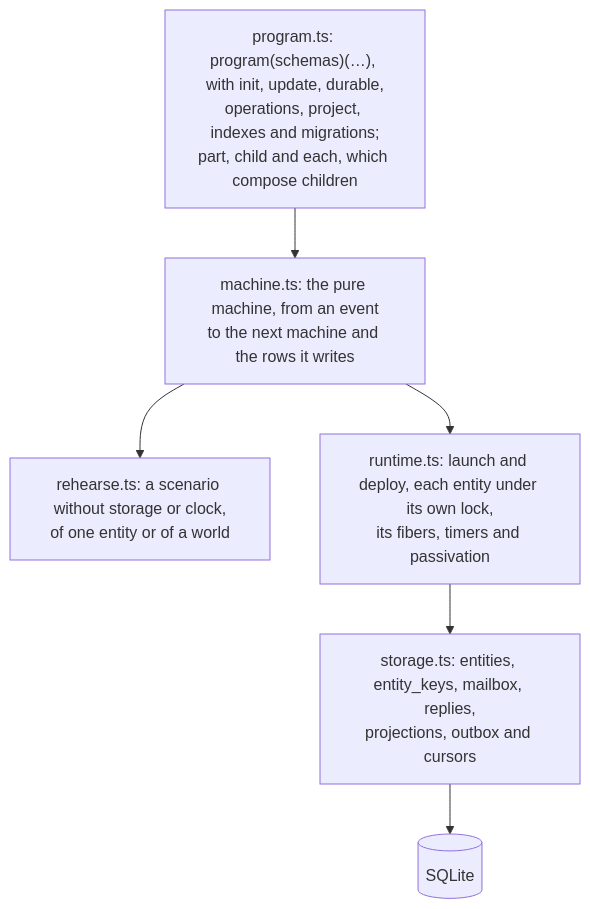
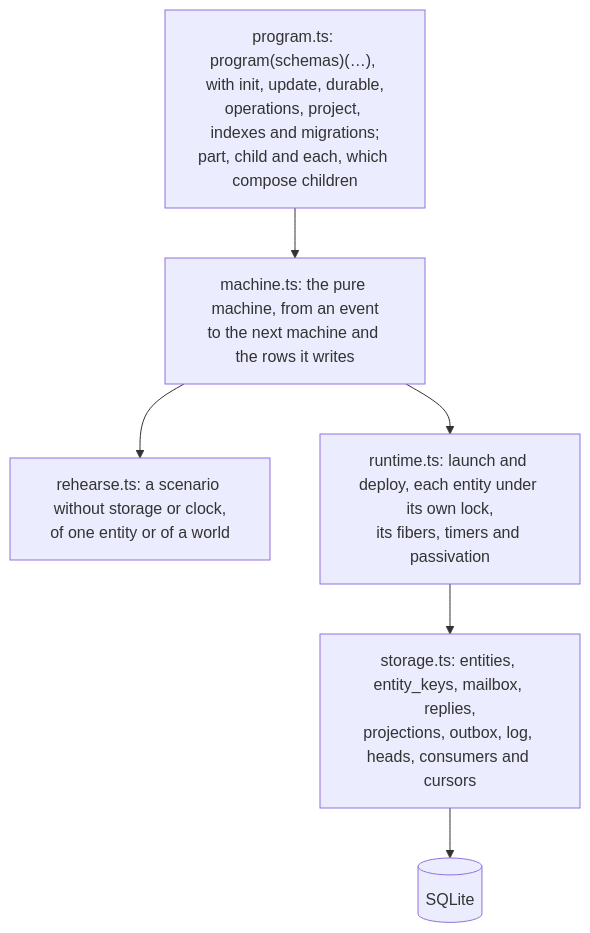
One commit to fgaudo/effect-tea-durable changed the second of 2 diagrams in README.md. Above: the diagram before and after it, drawn with Mermaid. The commit also changed 16 other files, not shown here.

First line of the commit message:
storage: order the log within a partition, with a cursor per partition

````diff
--- a/README.md
+++ b/README.md
@@ -84,15 +84,15 @@
 ```mermaid
 flowchart TB
   program["program.ts: program(schemas)(…), with init, update, durable,<br/>operations, project, indexes and migrations;<br/>part, child and each, which compose children"]
   machine["machine.ts: the pure machine, from an event<br/>to the next machine and the rows it writes"]
   rehearse["rehearse.ts: a scenario without storage or clock,<br/>of one entity or of a world"]
   runtime["runtime.ts: launch and deploy, each entity under its own lock,<br/>its fibers, timers and passivation"]
-  storage["storage.ts: entities, entity_keys, mailbox, replies,<br/>projections, outbox and cursors"]
+  storage["storage.ts: entities, entity_keys, mailbox, replies,<br/>projections, outbox, log, heads, consumers and cursors"]
   db[(SQLite)]
 
   program --> machine
   machine --> rehearse
   machine --> runtime
   runtime --> storage
   storage --> db
 ```
````
